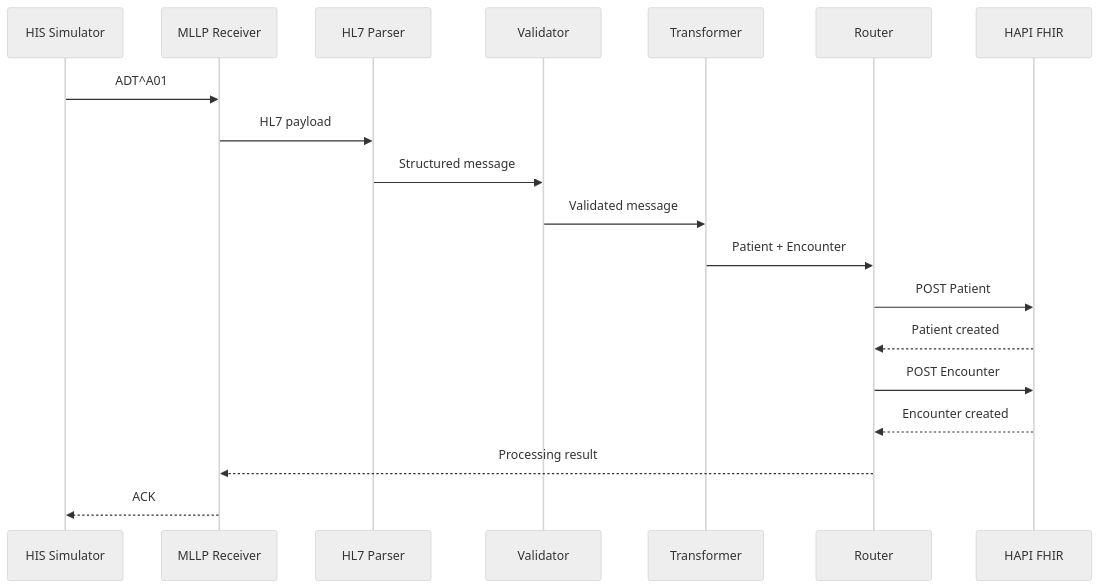
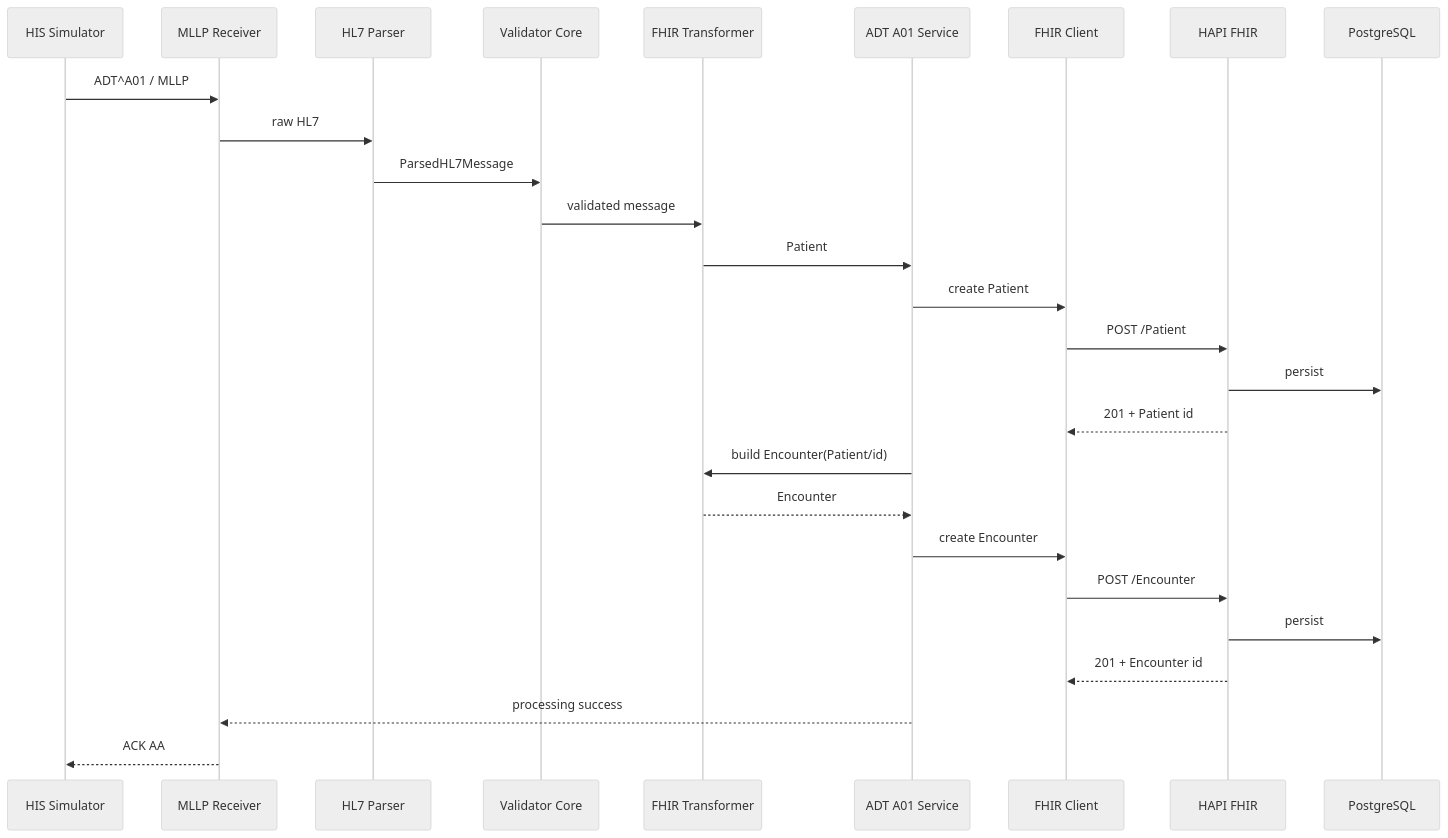
One commit to fernandocerqueira1990-cloud/healthcare-interoperability-labs changed the diagram in docs/architecture/02-adt-a01-flow.md. Above: the diagram before and after it, drawn with Mermaid (neutral theme). The commit also changed other lines of this file, not shown here.

Commit message:
docs: update ADT A01 to FHIR flow with validated implementation

````diff
--- a/docs/architecture/02-adt-a01-flow.md
+++ b/docs/architecture/02-adt-a01-flow.md
@@ -161,22 +45,30 @@
 ```mermaid
 sequenceDiagram
     participant HIS as HIS Simulator
     participant MLLP as MLLP Receiver
     participant Parser as HL7 Parser
-    participant Validator as Validator
-    participant Mapper as Transformer
-    participant Router as Router
+    participant Validator as Validator Core
+    participant Mapper as FHIR Transformer
+    participant Service as ADT A01 Service
+    participant Client as FHIR Client
     participant FHIR as HAPI FHIR
+    participant DB as PostgreSQL
 
-    HIS->>MLLP: ADT^A01
-    MLLP->>Parser: HL7 payload
-    Parser->>Validator: Structured message
-    Validator->>Mapper: Validated message
-    Mapper->>Router: Patient + Encounter
-    Router->>FHIR: POST Patient
-    FHIR-->>Router: Patient created
-    Router->>FHIR: POST Encounter
-    FHIR-->>Router: Encounter created
-    Router-->>MLLP: Processing result
-    MLLP-->>HIS: ACK
+    HIS->>MLLP: ADT^A01 / MLLP
+    MLLP->>Parser: raw HL7
+    Parser->>Validator: ParsedHL7Message
+    Validator->>Mapper: validated message
+    Mapper->>Service: Patient
+    Service->>Client: create Patient
+    Client->>FHIR: POST /Patient
+    FHIR->>DB: persist
+    FHIR-->>Client: 201 + Patient id
+    Service->>Mapper: build Encounter(Patient/id)
+    Mapper-->>Service: Encounter
+    Service->>Client: create Encounter
+    Client->>FHIR: POST /Encounter
+    FHIR->>DB: persist
+    FHIR-->>Client: 201 + Encounter id
+    Service-->>MLLP: processing success
+    MLLP-->>HIS: ACK AA
 ```
````
